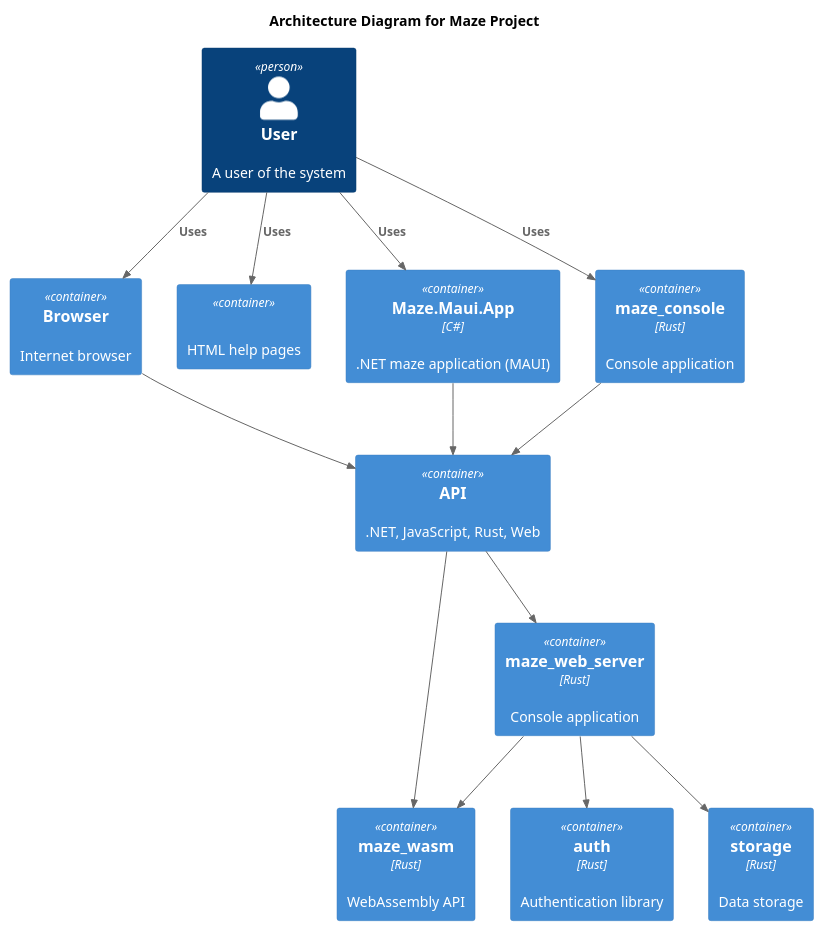
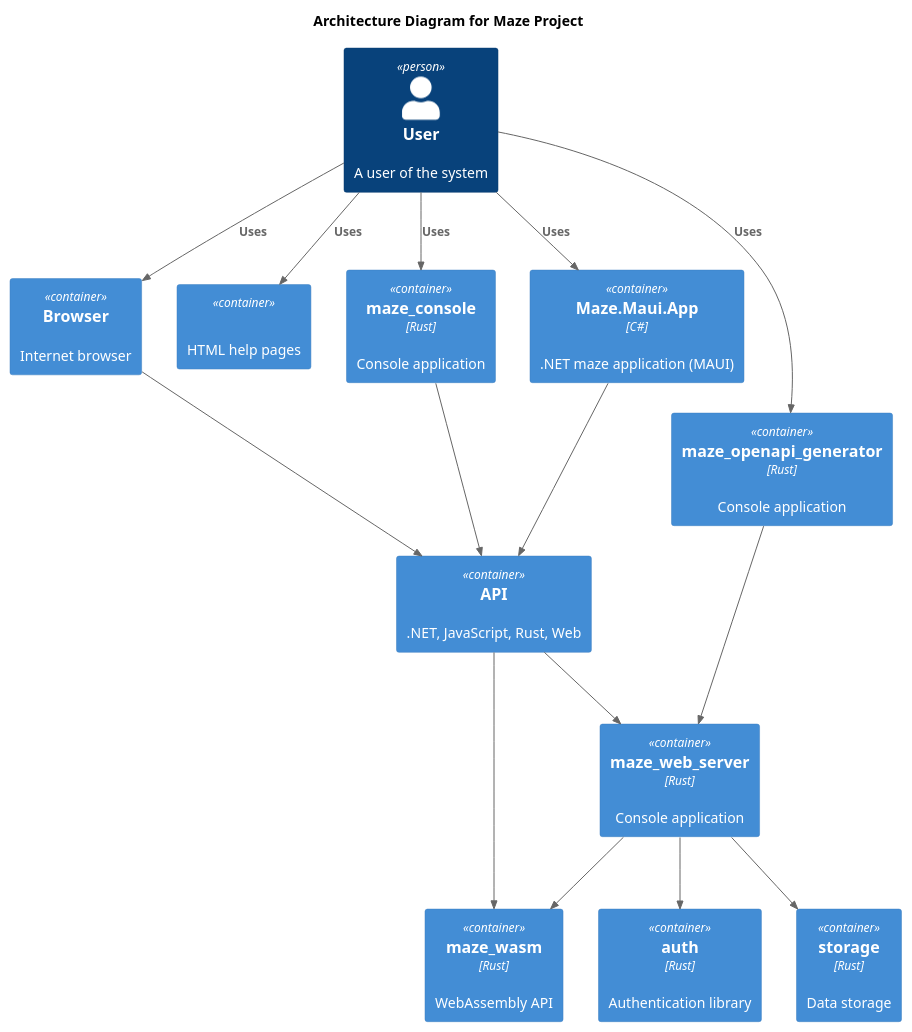
Before and after one commit to budgiedownunder/maze: the diagram in docs/diagrams/architecture.puml, drawn with PlantUML.

Commit message:
Update architecture diagram

```diff
--- a/docs/diagrams/architecture.puml
+++ b/docs/diagrams/architecture.puml
@@ -2,32 +2,35 @@
 @startuml
 
 !include https://raw.githubusercontent.com/plantuml-stdlib/C4-PlantUML/master/C4_Container.puml
 
 title Architecture Diagram for Maze Project
 
 Person(user, "User", "A user of the system")
 
 Container(auth, "auth", "Rust", "Authentication library")
 Container(browser, "Browser", "", "Internet browser")
 Container(html_help, "", "", "HTML help pages")
+Container(maze_console, "maze_console", "Rust", "Console application")
 Container(maze_maui_app_net, "Maze.Maui.App", "C#", ".NET maze application (MAUI)")
-Container(maze_console, "maze_console", "Rust", "Console application")
+Container(maze_openapi_generator, "maze_openapi_generator", "Rust", "Console application")
 Container(api, "API", "", ".NET, JavaScript, Rust, Web")
 Container(maze_wasm, "maze_wasm", "Rust", "WebAssembly API")
 Container(maze_web_server, "maze_web_server", "Rust", "Console application")
 Container(storage, "storage", "Rust", "Data storage")
 
 Rel(user, browser, "Uses")
 Rel(user, html_help, "Uses")
+Rel(user, maze_console, "Uses")
 Rel(user, maze_maui_app_net, "Uses")
-Rel(user, maze_console, "Uses")
+Rel(user, maze_openapi_generator, "Uses")
 Rel(browser, api, "")
+Rel(maze_console, api, "")
 Rel(maze_maui_app_net, api, "")
-Rel(maze_console, api, "")
+Rel(maze_openapi_generator, maze_web_server, "")
 Rel(api, maze_wasm, "")
 Rel(api, maze_web_server, "")
 Rel(maze_web_server, maze_wasm, "")
 Rel(maze_web_server, auth, "")
 Rel(maze_web_server, storage, "")
 
 @enduml
```
